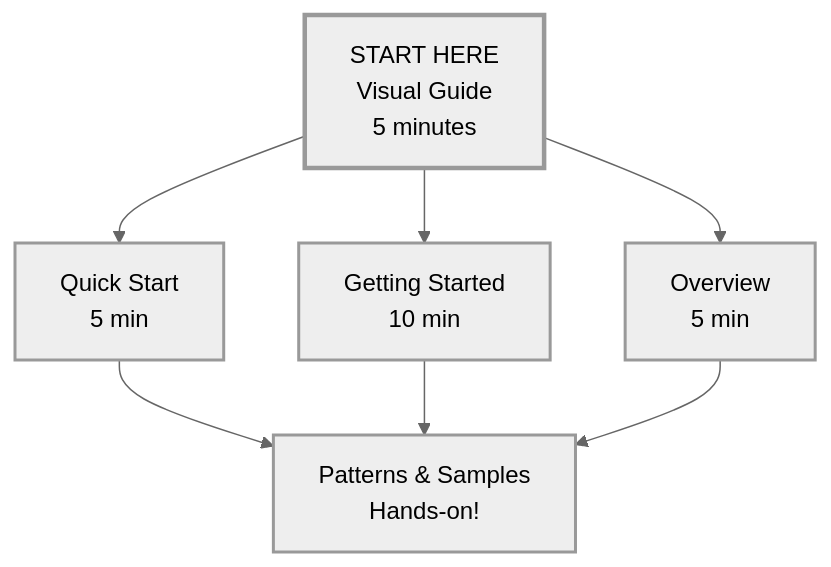
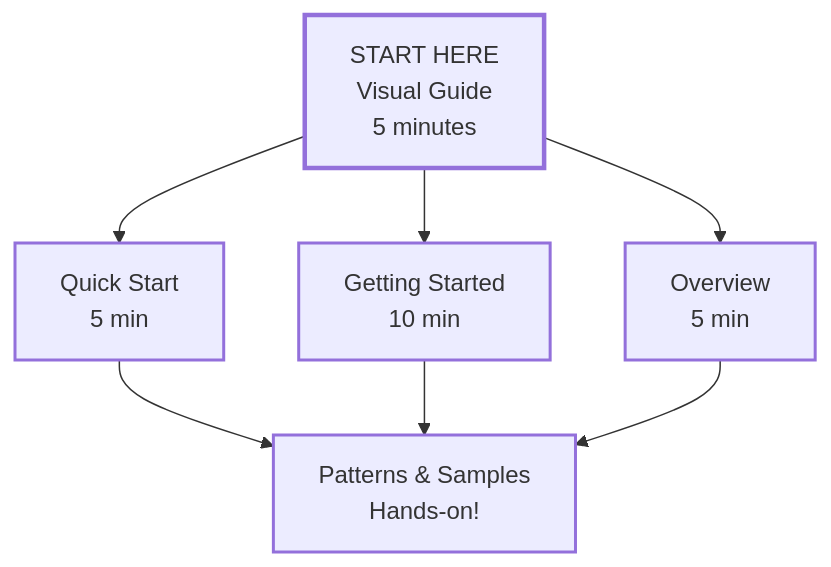
One commit to wallstop/DxMessaging changed the first of 2 diagrams in docs/getting-started/index.md. Above: the diagram before and after it, drawn with Mermaid. The commit also changed other lines of this file and 54 other files, not shown here.

````diff
--- a/docs/getting-started/index.md
+++ b/docs/getting-started/index.md
@@ -7,18 +7,17 @@
 ```mermaid
-%%{init: {'theme': 'neutral'}}%%
-graph TD
+flowchart TD
     Start[START HERE<br/>Visual Guide<br/>5 minutes]
     Start --> Quick[Quick Start<br/>5 min]
     Start --> Getting[Getting Started<br/>10 min]
     Start --> Overview[Overview<br/>5 min]
     Quick --> Patterns[Patterns & Samples<br/>Hands-on!]
     Getting --> Patterns
     Overview --> Patterns
 
     classDef primary stroke-width:3px
     class Start primary
     classDef success stroke-width:2px
     class Patterns success
     classDef secondary stroke-width:2px
     class Quick,Getting,Overview secondary
 ```
````
